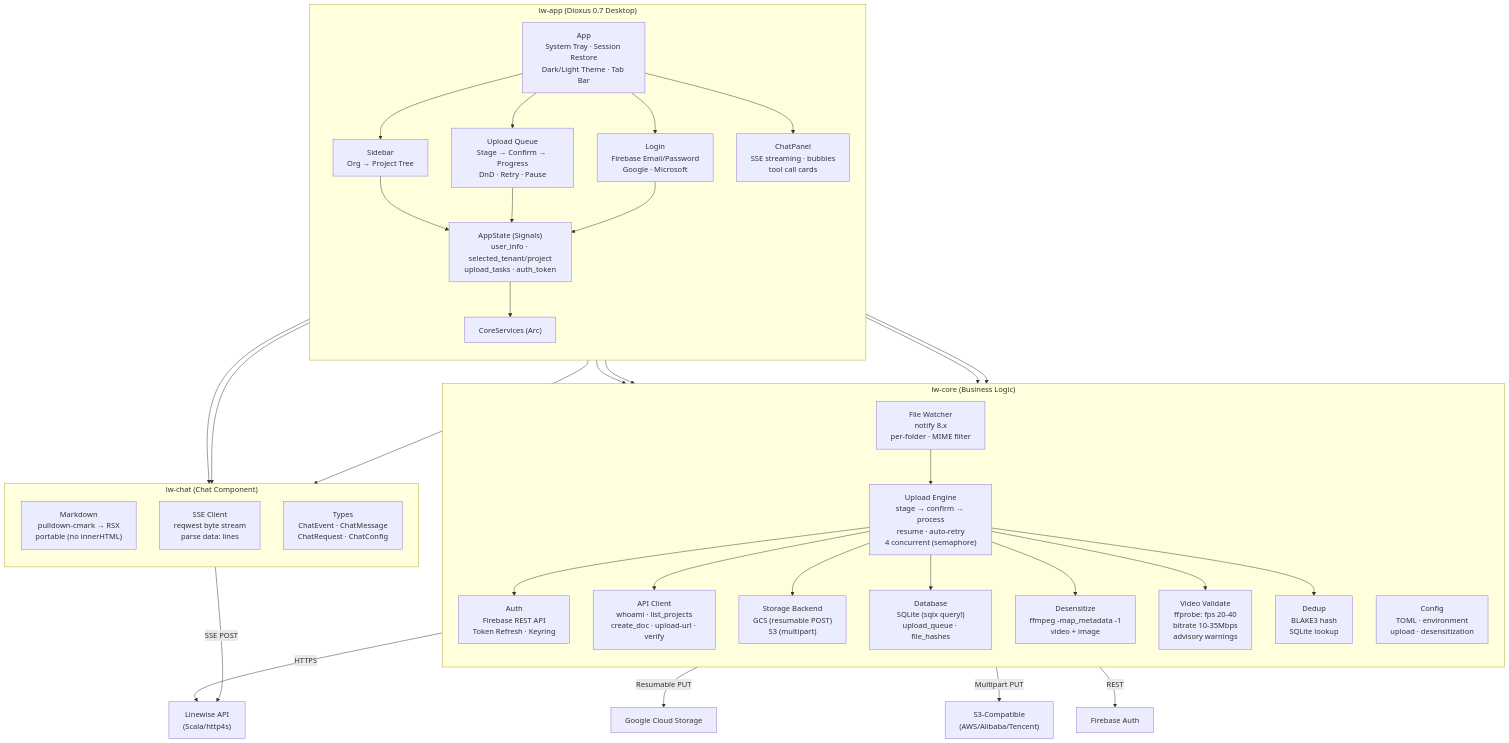
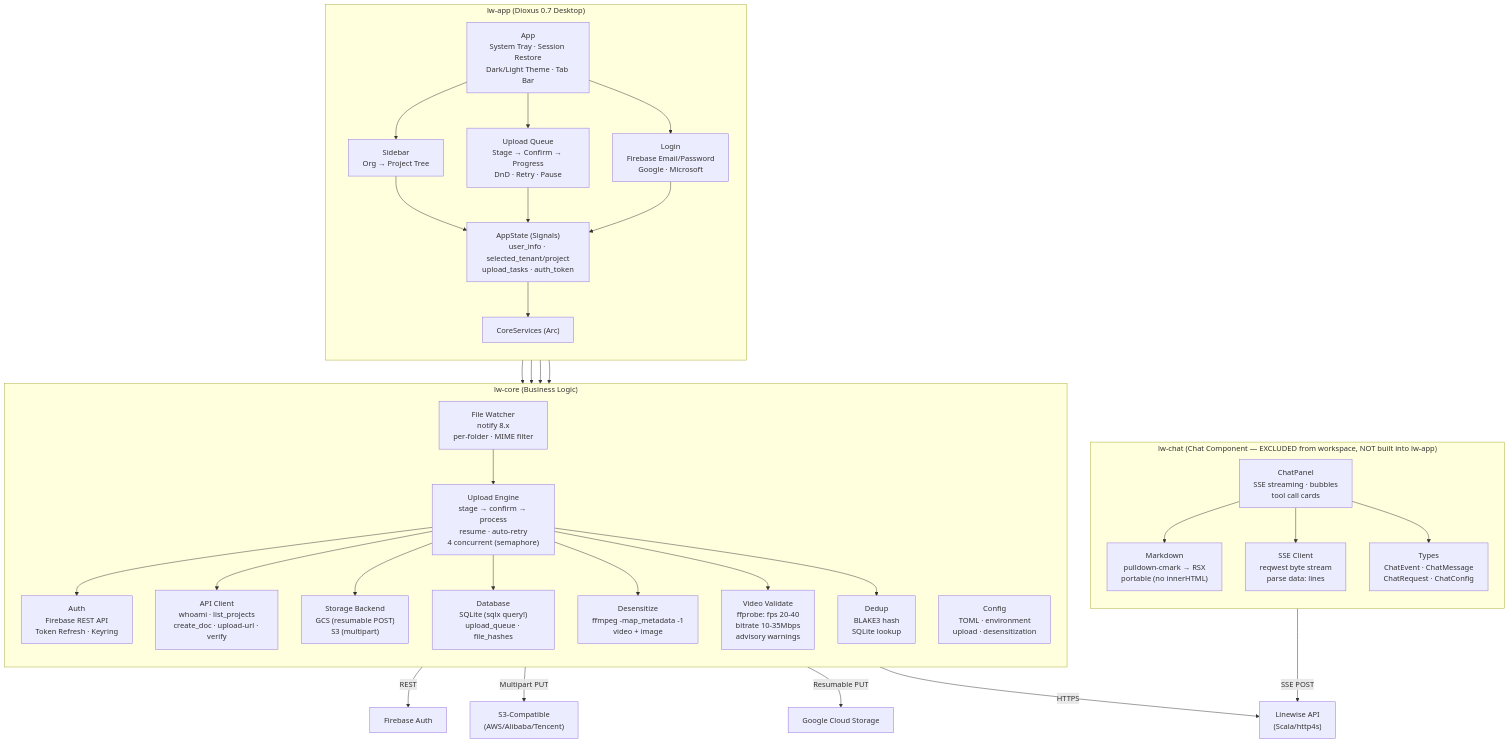
The first of 4 diagrams in ARCHITECTURE.md (Vision-Nexus/linewise-desktop), drawn with Mermaid before and after one commit. The commit also changed other lines of this file and 2 other files, not shown here.

First line of the commit message:
docs: align CLAUDE.md and docs with actual tech stack and architecture

````diff
--- a/ARCHITECTURE.md
+++ b/ARCHITECTURE.md
@@ -5,67 +5,66 @@
 ```mermaid
 graph TB
     subgraph "lw-app (Dioxus 0.7 Desktop)"
         direction TB
         App["App<br/>System Tray · Session Restore<br/>Dark/Light Theme · Tab Bar"]
         Sidebar["Sidebar<br/>Org → Project Tree"]
         Upload["Upload Queue<br/>Stage → Confirm → Progress<br/>DnD · Retry · Pause"]
         Login["Login<br/>Firebase Email/Password<br/>Google · Microsoft"]
         State["AppState (Signals)<br/>user_info · selected_tenant/project<br/>upload_tasks · auth_token"]
         Core["CoreServices (Arc)"]
 
         App --> Sidebar
         App --> Upload
         App --> Login
-        App --> ChatUI
         Sidebar --> State
         Upload --> State
         Login --> State
         State --> Core
     end
 
-    subgraph "lw-chat (Chat Component)"
+    subgraph "lw-chat (Chat Component — EXCLUDED from workspace, NOT built into lw-app)"
         direction TB
         ChatUI["ChatPanel<br/>SSE streaming · bubbles<br/>tool call cards"]
         MD["Markdown<br/>pulldown-cmark → RSX<br/>portable (no innerHTML)"]
         SSE["SSE Client<br/>reqwest byte stream<br/>parse data: lines"]
         ChatTypes["Types<br/>ChatEvent · ChatMessage<br/>ChatRequest · ChatConfig"]
 
         ChatUI --> MD
         ChatUI --> SSE
         ChatUI --> ChatTypes
     end
 
     subgraph "lw-core (Business Logic)"
         direction TB
         Auth["Auth<br/>Firebase REST API<br/>Token Refresh · Keyring"]
         API["API Client<br/>whoami · list_projects<br/>create_doc · upload-url · verify"]
         Engine["Upload Engine<br/>stage → confirm → process<br/>resume · auto-retry<br/>4 concurrent (semaphore)"]
         Storage["Storage Backend<br/>GCS (resumable POST)<br/>S3 (multipart)"]
         DB["Database<br/>SQLite (sqlx query!)<br/>upload_queue · file_hashes"]
         Desensitize["Desensitize<br/>ffmpeg -map_metadata -1<br/>video + image"]
         Video["Video Validate<br/>ffprobe: fps 20-40<br/>bitrate 10-35Mbps<br/>advisory warnings"]
         Watcher["File Watcher<br/>notify 8.x<br/>per-folder · MIME filter"]
         Dedup["Dedup<br/>BLAKE3 hash<br/>SQLite lookup"]
         Config["Config<br/>TOML · environment<br/>upload · desensitization"]
 
         Engine --> Auth
         Engine --> API
         Engine --> Storage
         Engine --> DB
         Engine --> Desensitize
         Engine --> Video
         Engine --> Dedup
         Watcher --> Engine
     end
 
     Core --> Auth
     Core --> API
     Core --> Engine
     Core --> DB
 
     API -->|HTTPS| Backend["Linewise API<br/>(Scala/http4s)"]
     SSE -->|"SSE POST"| Backend
     Storage -->|"Resumable PUT"| GCS["Google Cloud Storage"]
     Storage -->|"Multipart PUT"| S3["S3-Compatible<br/>(AWS/Alibaba/Tencent)"]
     Auth -->|REST| Firebase["Firebase Auth"]
 ```
````
